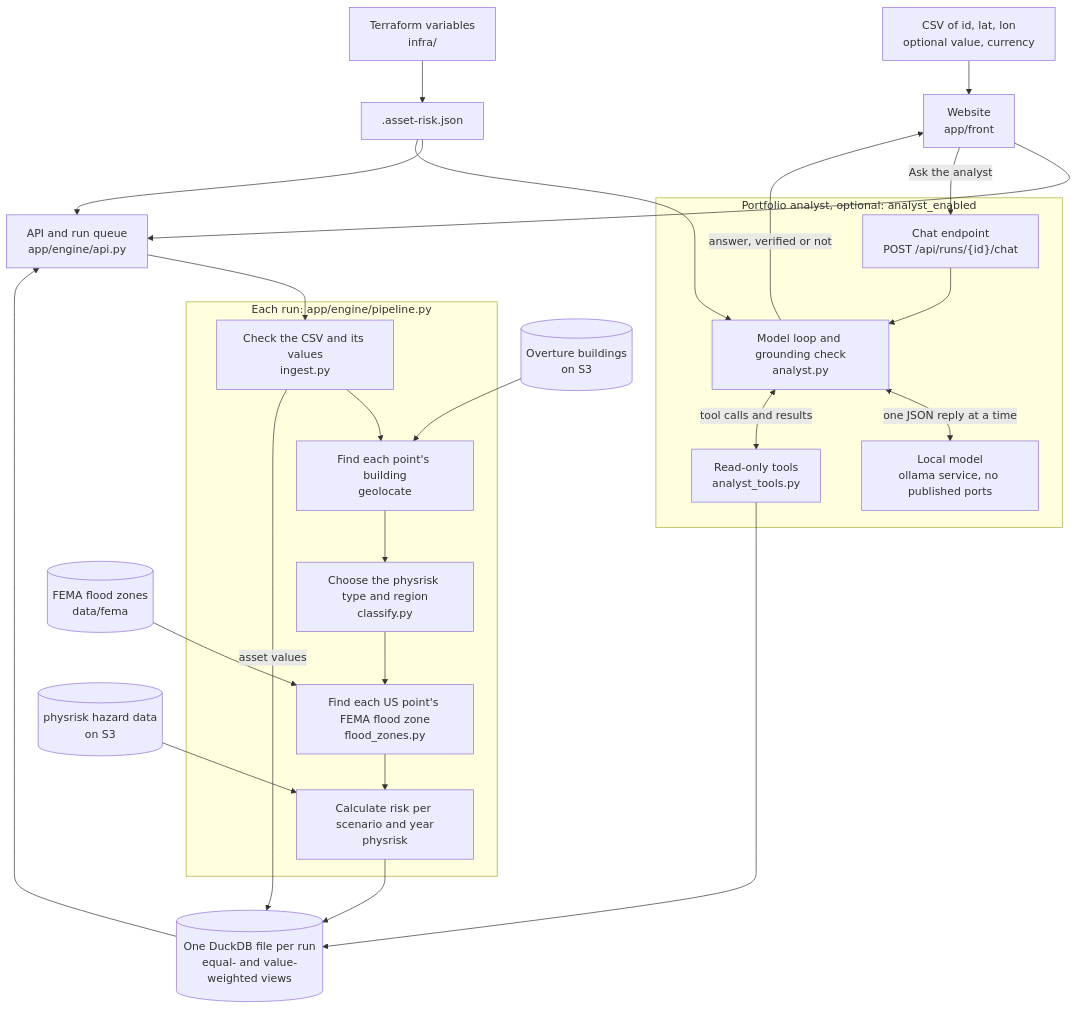
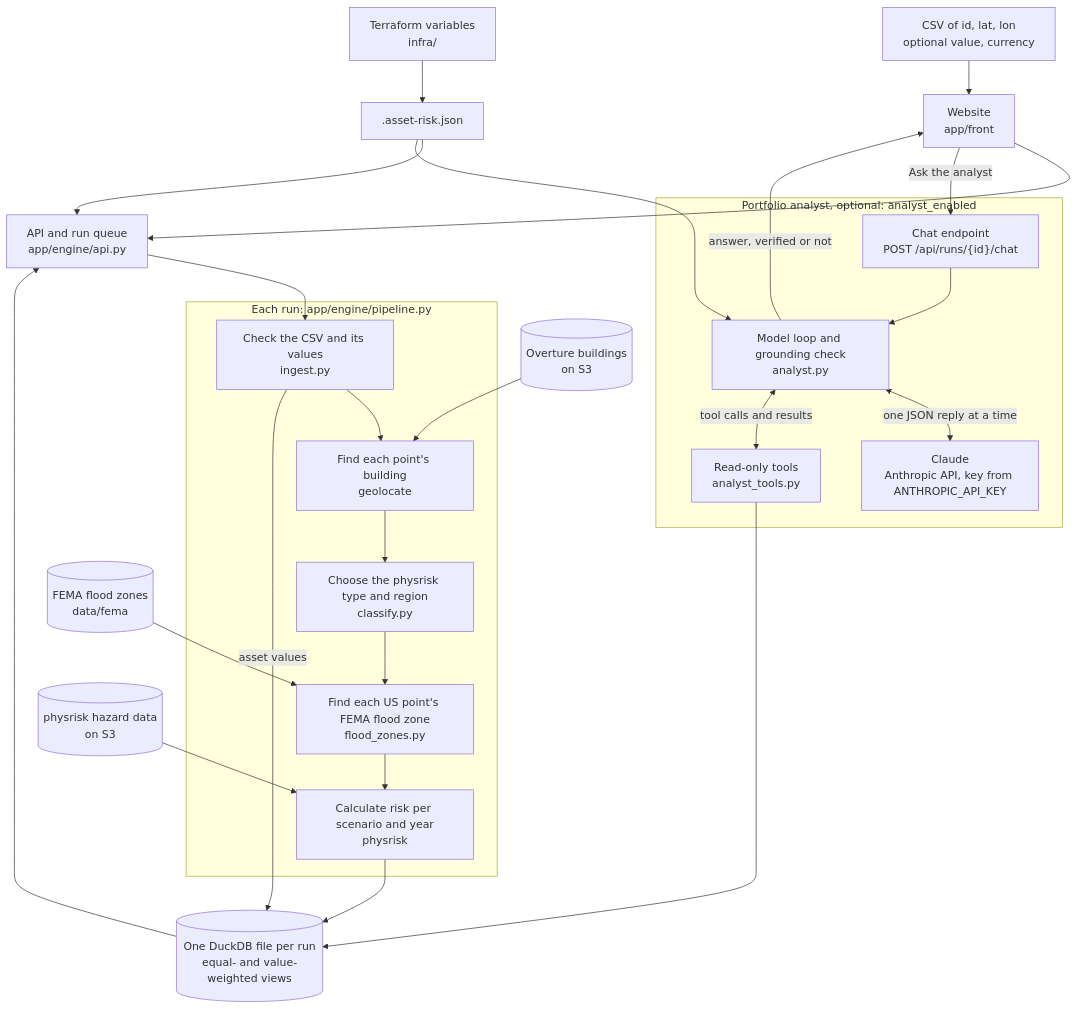
The first of 2 diagrams in README.md (mnovovil/asset-risk), drawn with Mermaid before and after one commit. The commit also changed other lines of this file and 23 other files, not shown here.

First line of the commit message:
feat: ask Claude over the Anthropic API instead of a local Ollama model (#157)

````diff
--- a/README.md
+++ b/README.md
@@ -80,34 +84,34 @@
 ```mermaid
 flowchart TB
     csv["CSV of id, lat, lon<br/>optional value, currency"] --> front["Website<br/>app/front"]
     front --> api["API and run queue<br/>app/engine/api.py"]
 
     subgraph run["Each run: app/engine/pipeline.py"]
         ingest["Check the CSV and its values<br/>ingest.py"] --> locate["Find each point's building<br/>geolocate"]
         locate --> classify["Choose the physrisk type and region<br/>classify.py"]
         classify --> flood["Find each US point's FEMA flood zone<br/>flood_zones.py"]
         flood --> assess["Calculate risk per scenario and year<br/>physrisk"]
     end
 
     api --> ingest
     overture[("Overture buildings<br/>on S3")] --> locate
     hazards[("physrisk hazard data<br/>on S3")] --> assess
     fema[("FEMA flood zones<br/>data/fema")] --> flood
     assess --> db[("One DuckDB file per run<br/>equal- and value-weighted views")]
     ingest -->|"asset values"| db
     db --> api
 
     subgraph analyst["Portfolio analyst, optional: analyst_enabled"]
         chat["Chat endpoint<br/>POST /api/runs/{id}/chat"] --> loop["Model loop and grounding check<br/>analyst.py"]
-        loop <-->|"one JSON reply at a time"| ollama["Local model<br/>ollama service, no published ports"]
+        loop <-->|"one JSON reply at a time"| claude["Claude<br/>Anthropic API, key from ANTHROPIC_API_KEY"]
         loop <-->|"tool calls and results"| tools["Read-only tools<br/>analyst_tools.py"]
     end
 
     front -->|"Ask the analyst"| chat
     tools --> db
     loop -->|"answer, verified or not"| front
 
     tf["Terraform variables<br/>infra/"] --> settings[".asset-risk.json"]
     settings --> api
     settings --> loop
 ```
````
